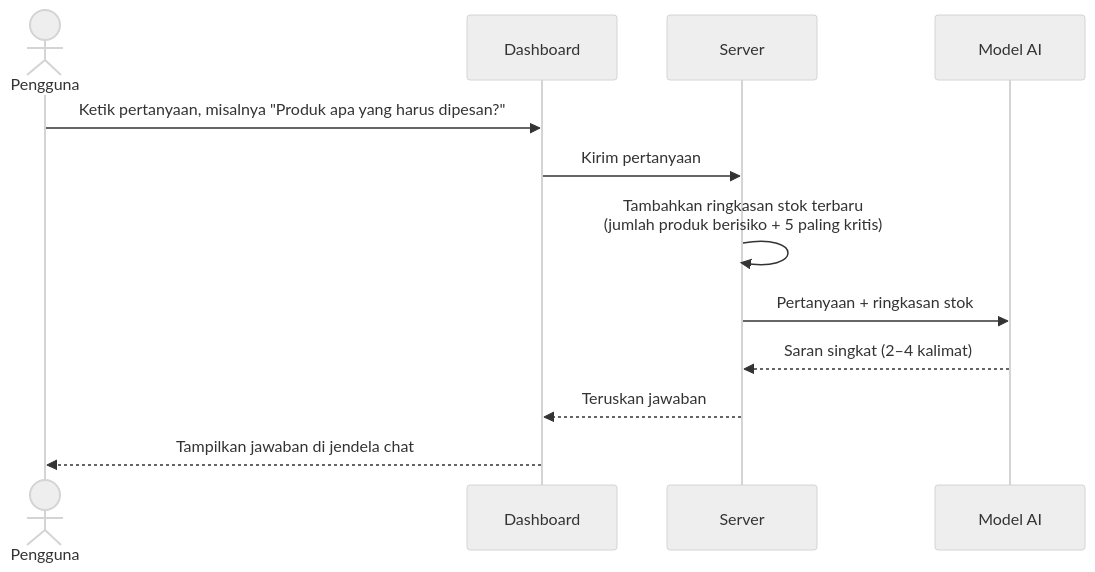
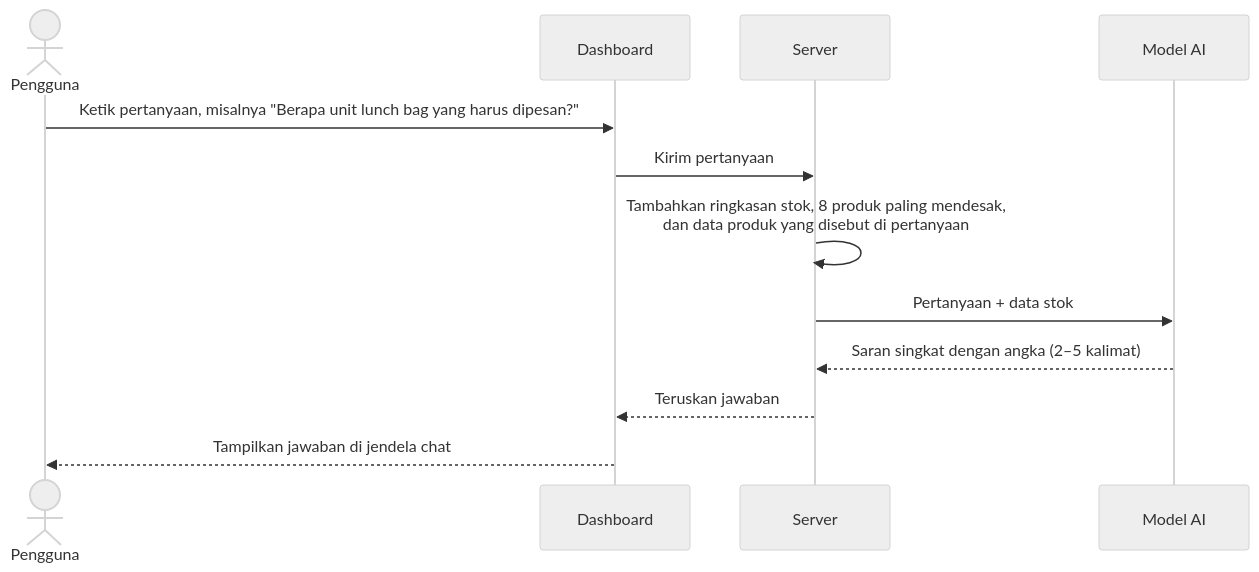
One commit to rivaldimhr/retail-inventory-ai changed the fourth of 5 diagrams in README.md. Above: the diagram before and after it, drawn with Mermaid (neutral theme). The commit also changed other lines of this file and 9775 other files, not shown here.

````diff
--- a/README.md
+++ b/README.md
@@ -186,14 +227,14 @@
 ```mermaid
 sequenceDiagram
     actor U as Pengguna
     participant D as Dashboard
     participant S as Server
     participant AI as Model AI
-    U->>D: Ketik pertanyaan, misalnya "Produk apa yang harus dipesan?"
+    U->>D: Ketik pertanyaan, misalnya "Berapa unit lunch bag yang harus dipesan?"
     D->>S: Kirim pertanyaan
-    S->>S: Tambahkan ringkasan stok terbaru<br/>(jumlah produk berisiko + 5 paling kritis)
-    S->>AI: Pertanyaan + ringkasan stok
-    AI-->>S: Saran singkat (2–4 kalimat)
+    S->>S: Tambahkan ringkasan stok, 8 produk paling mendesak,<br/>dan data produk yang disebut di pertanyaan
+    S->>AI: Pertanyaan + data stok
+    AI-->>S: Saran singkat dengan angka (2–5 kalimat)
     S-->>D: Teruskan jawaban
     D-->>U: Tampilkan jawaban di jendela chat
 ```
````
